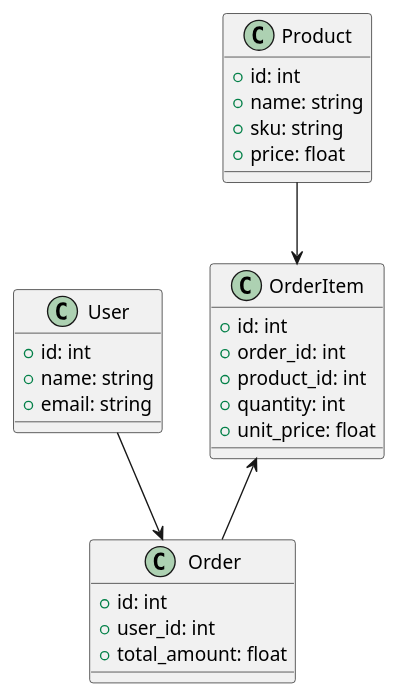
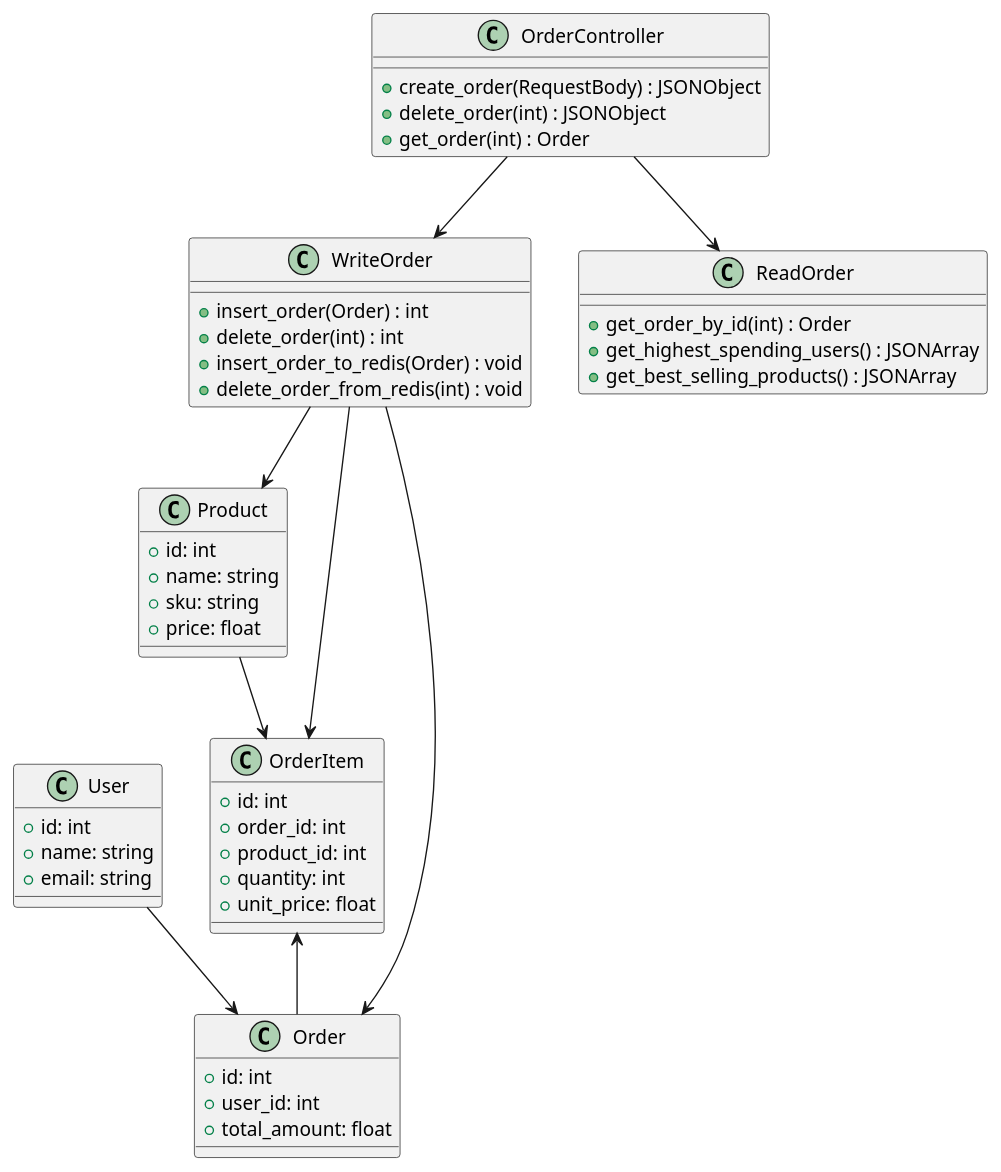
Before and after one commit to guteacher/log430-a25-labo2: the diagram in docs/uml/class.puml, drawn with PlantUML. The commit also changed 11 other files, not shown here.

Commit message:
add comments, improve diagrams and text

```diff
--- a/docs/uml/class.puml
+++ b/docs/uml/class.puml
@@ -1,34 +1,56 @@
 @startuml
     class User {
         + id: int
         + name: string
         + email: string
     }
 
     class Product {
         + id: int
         + name: string
         + sku: string
         + price: float
     }
 
     class OrderItem {
         + id: int
         + order_id: int
         + product_id: int
         + quantity: int
         + unit_price: float
     }
 
     class Order {
         + id: int
         + user_id: int
         + total_amount: float
     }
 
+    class WriteOrder {
+        + insert_order(Order) : int
+        + delete_order(int) : int
+        + insert_order_to_redis(Order) : void
+        + delete_order_from_redis(int) : void
+    }
+
+    class ReadOrder {
+        + get_order_by_id(int) : Order
+        + get_highest_spending_users() : JSONArray
+        + get_best_selling_products() : JSONArray
+    }
+
+    class OrderController {
+        + create_order(RequestBody) : JSONObject
+        + delete_order(int) : JSONObject
+        + get_order(int) : Order
+    }
+
     OrderItem <-- Order
     User --> Order
     Product --> OrderItem
-
-    
+    WriteOrder --> Order
+    WriteOrder --> OrderItem
+    WriteOrder --> Product
+    OrderController --> WriteOrder
+    OrderController --> ReadOrder
 @enduml
```
